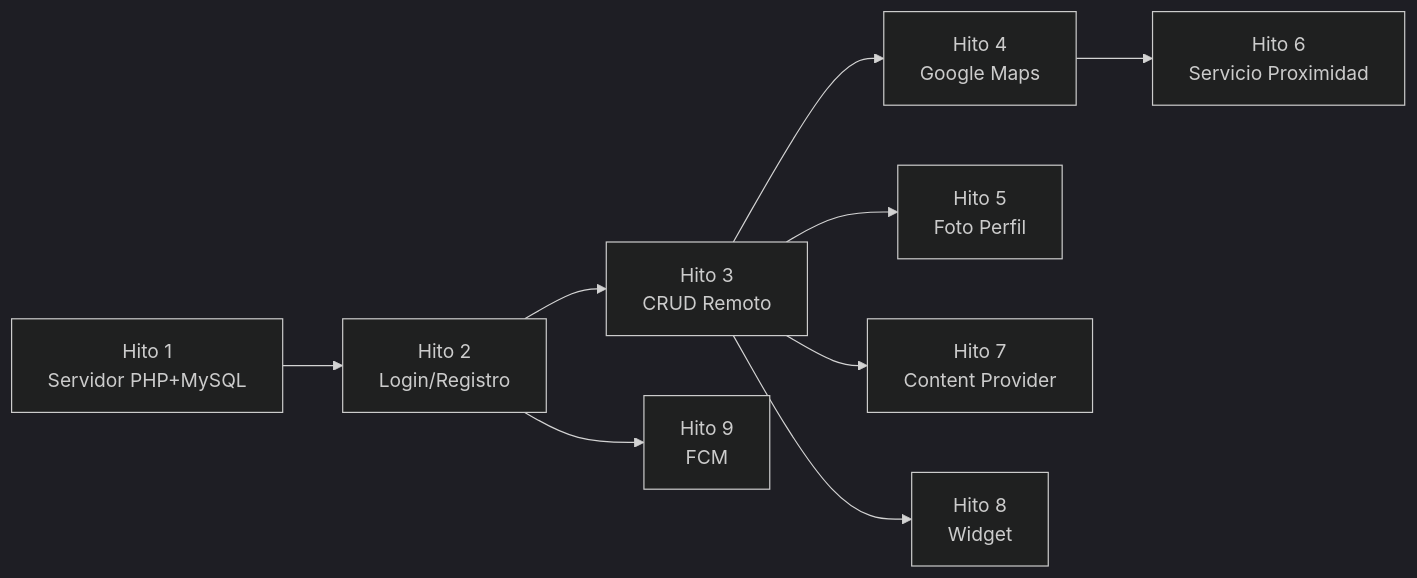
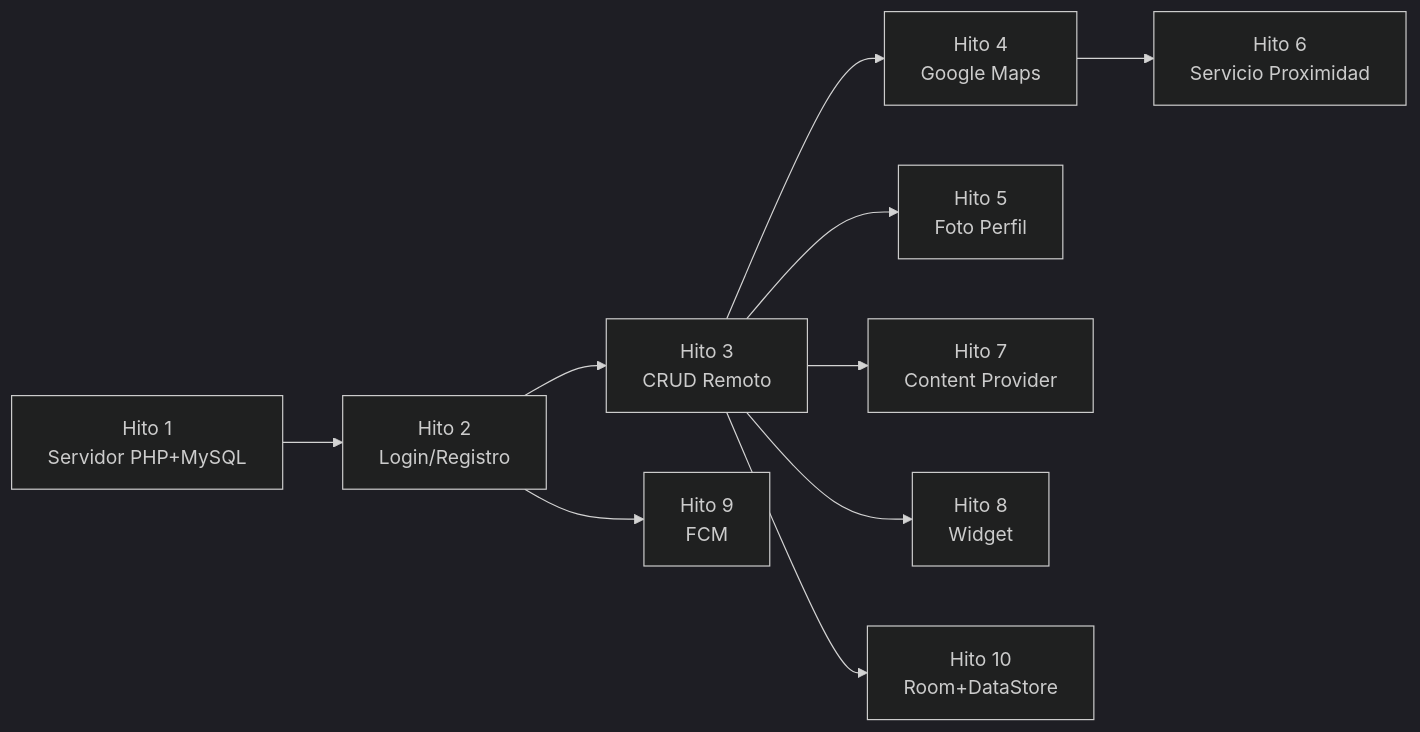
The diagram in resources/roadmap_segunda_evaluacion.md (GonzaloPerezGomez/DASPROYECTO), drawn with Mermaid (dark theme) before and after one commit. The commit also changed other lines of this file and 12 other files, not shown here.

First line of the commit message:
Delete completed tasks via provider; add Room roadmap

````diff
--- a/resources/roadmap_segunda_evaluacion.md
+++ b/resources/roadmap_segunda_evaluacion.md
@@ -157,11 +173,12 @@
 ```mermaid
 graph LR
     H1[Hito 1<br/>Servidor PHP+MySQL] --> H2[Hito 2<br/>Login/Registro]
     H2 --> H3[Hito 3<br/>CRUD Remoto]
     H3 --> H4[Hito 4<br/>Google Maps]
     H3 --> H5[Hito 5<br/>Foto Perfil]
     H4 --> H6[Hito 6<br/>Servicio Proximidad]
     H3 --> H7[Hito 7<br/>Content Provider]
     H3 --> H8[Hito 8<br/>Widget]
     H2 --> H9[Hito 9<br/>FCM]
+    H3 --> H10[Hito 10<br/>Room+DataStore]
 ```
````
